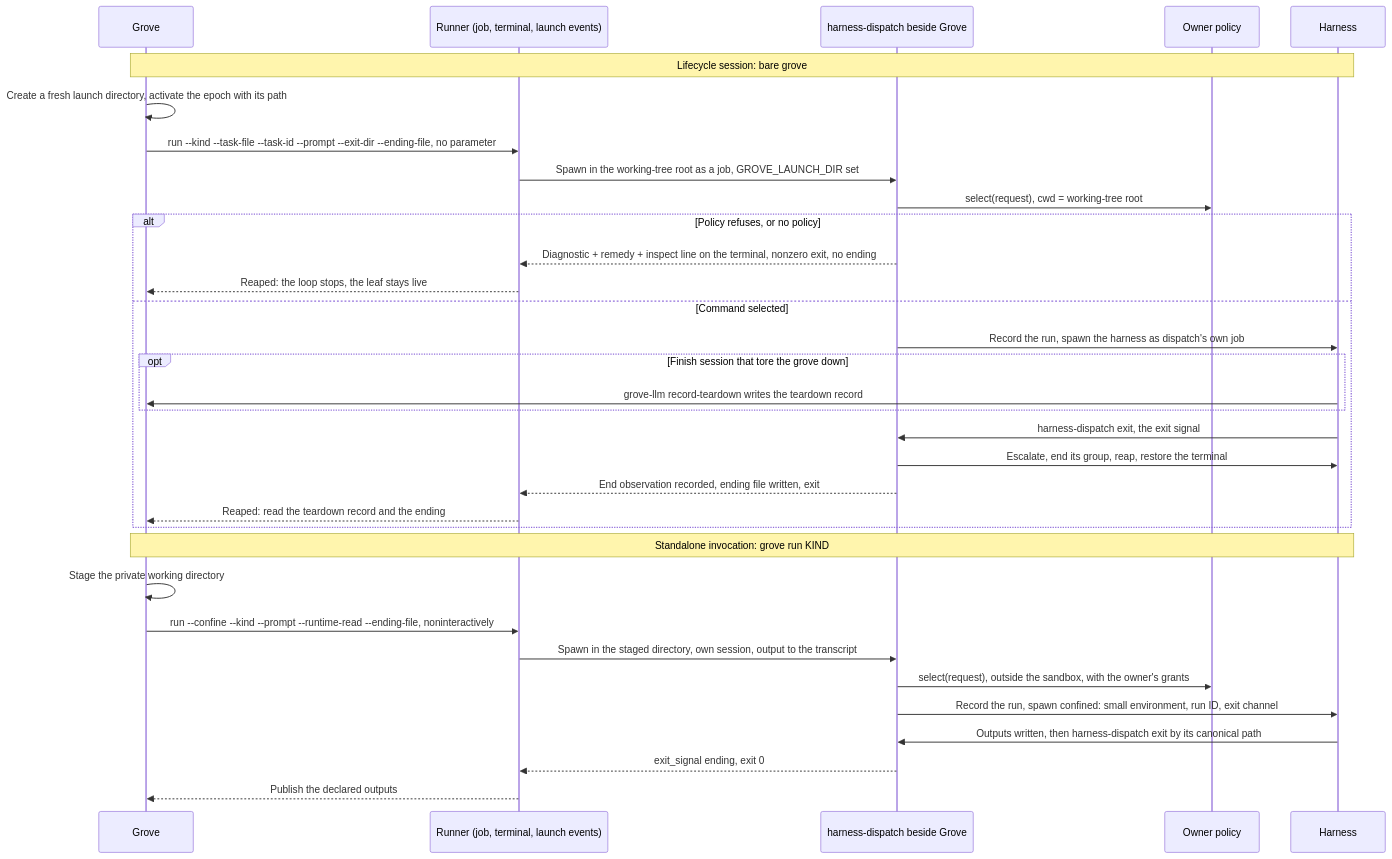
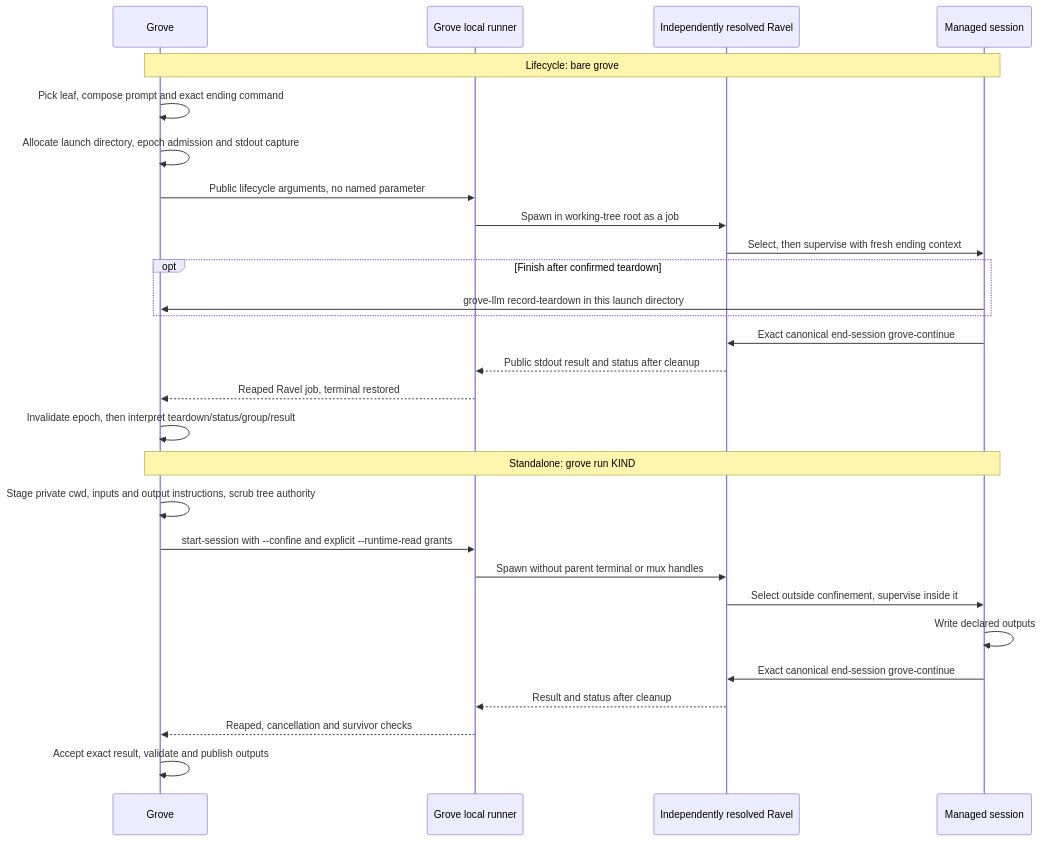
The diagram in docs/design/harness-selection-and-execution/grove-launch.mmd (Linkuistics/grove), drawn with Mermaid before and after one commit. The commit also changed 18 other files, not shown here.

Commit message:
grove-ravel-caller-views-k56: reconcile caller spec and views; decompose grove-ravel-docs-k12

```diff
--- a/docs/design/harness-selection-and-execution/grove-launch.mmd
+++ b/docs/design/harness-selection-and-execution/grove-launch.mmd
@@ -1,33 +1,28 @@
 sequenceDiagram
   participant G as Grove
-  participant N as Runner (job, terminal, launch events)
-  participant X as harness-dispatch beside Grove
-  participant P as Owner policy
-  participant H as Harness
-  Note over G,H: Lifecycle session: bare grove
-  G->>G: Create a fresh launch directory, activate the epoch with its path
-  G->>N: run --kind --task-file --task-id --prompt --exit-dir --ending-file, no parameter
-  N->>X: Spawn in the working-tree root as a job, GROVE_LAUNCH_DIR set
-  X->>P: select(request), cwd = working-tree root
-  alt Policy refuses, or no policy
-    X-->>N: Diagnostic + remedy + inspect line on the terminal, nonzero exit, no ending
-    N-->>G: Reaped: the loop stops, the leaf stays live
-  else Command selected
-    X->>H: Record the run, spawn the harness as dispatch's own job
-    opt Finish session that tore the grove down
-      H->>G: grove-llm record-teardown writes the teardown record
-    end
-    H->>X: harness-dispatch exit, the exit signal
-    X->>H: Escalate, end its group, reap, restore the terminal
-    X-->>N: End observation recorded, ending file written, exit
-    N-->>G: Reaped: read the teardown record and the ending
+  participant L as Grove local runner
+  participant R as Independently resolved Ravel
+  participant H as Managed session
+  Note over G,H: Lifecycle: bare grove
+  G->>G: Pick leaf, compose prompt and exact ending command
+  G->>G: Allocate launch directory, epoch admission and stdout capture
+  G->>L: Public lifecycle arguments, no named parameter
+  L->>R: Spawn in working-tree root as a job
+  R->>H: Select, then supervise with fresh ending context
+  opt Finish after confirmed teardown
+    H->>G: grove-llm record-teardown in this launch directory
   end
-  Note over G,H: Standalone invocation: grove run KIND
-  G->>G: Stage the private working directory
-  G->>N: run --confine --kind --prompt --runtime-read --ending-file, noninteractively
-  N->>X: Spawn in the staged directory, own session, output to the transcript
-  X->>P: select(request), outside the sandbox, with the owner's grants
-  X->>H: Record the run, spawn confined: small environment, run ID, exit channel
-  H->>X: Outputs written, then harness-dispatch exit by its canonical path
-  X-->>N: exit_signal ending, exit 0
-  N-->>G: Publish the declared outputs
+  H->>R: Exact canonical end-session grove-continue
+  R-->>L: Public stdout result and status after cleanup
+  L-->>G: Reaped Ravel job, terminal restored
+  G->>G: Invalidate epoch, then interpret teardown/status/group/result
+  Note over G,H: Standalone: grove run KIND
+  G->>G: Stage private cwd, inputs and output instructions, scrub tree authority
+  G->>L: start-session with --confine and explicit --runtime-read grants
+  L->>R: Spawn without parent terminal or mux handles
+  R->>H: Select outside confinement, supervise inside it
+  H->>H: Write declared outputs
+  H->>R: Exact canonical end-session grove-continue
+  R-->>L: Result and status after cleanup
+  L-->>G: Reaped, cancellation and survivor checks
+  G->>G: Accept exact result, validate and publish outputs
```
